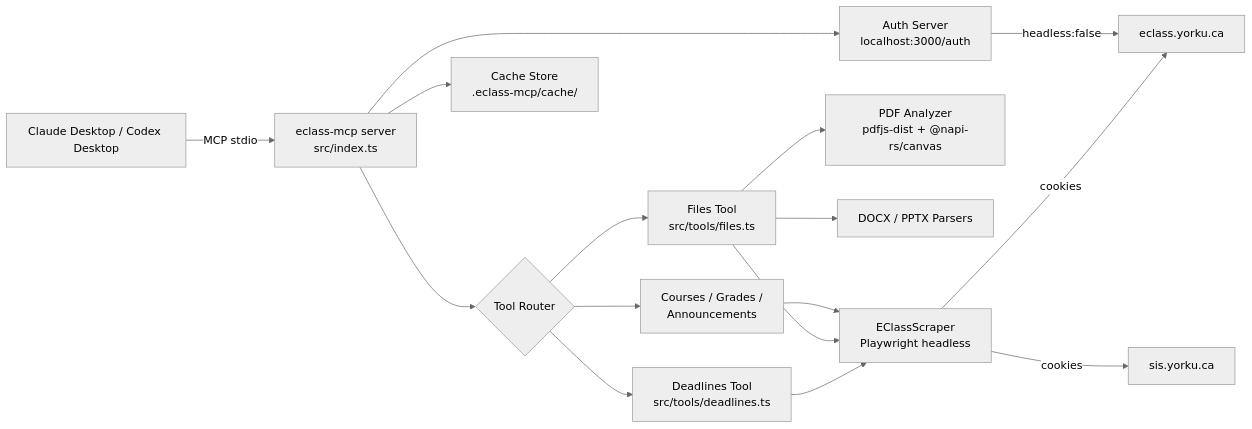
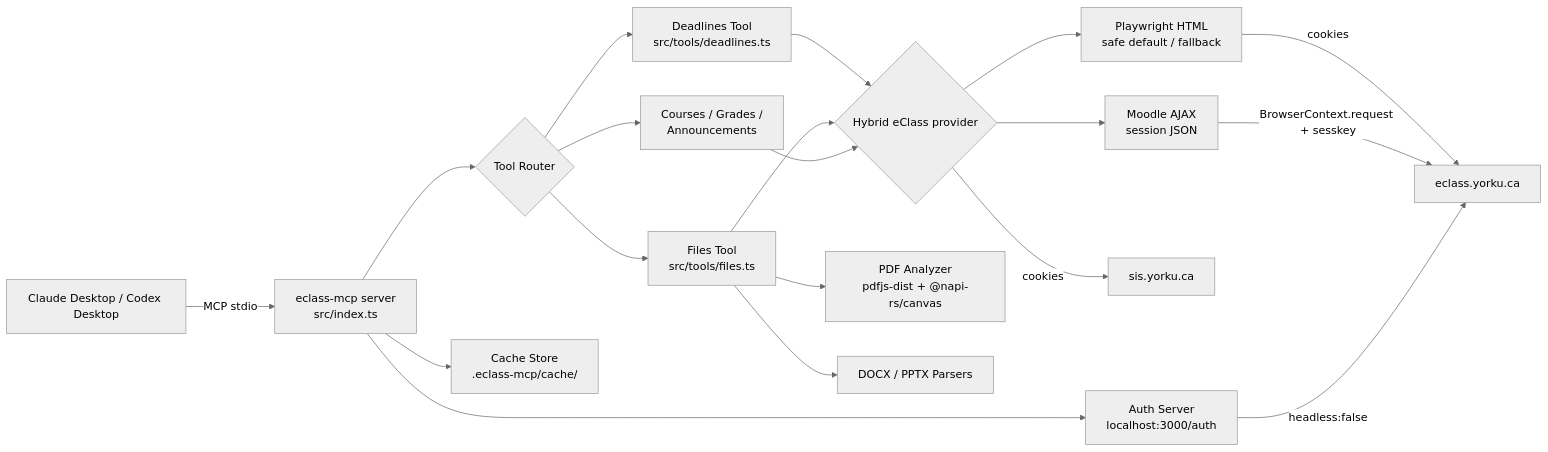
One commit to SoroushRF/eclass-mcp changed the diagram in README.md. Above: the diagram before and after it, drawn with Mermaid (neutral theme). The commit also changed other lines of this file and 4 other files, not shown here.

````diff
--- a/README.md
+++ b/README.md
@@ -82,18 +82,21 @@
 ```mermaid
 flowchart LR
     A[Claude Desktop / Codex Desktop] -- MCP stdio --> B[eclass-mcp server\nsrc/index.ts]
     B --> C{Tool Router}
     C --> D[Deadlines Tool\nsrc/tools/deadlines.ts]
     C --> E[Files Tool\nsrc/tools/files.ts]
     C --> F[Courses / Grades /\nAnnouncements]
-    D --> G[EClassScraper\nPlaywright headless]
+    D --> G{Hybrid eClass provider}
     E --> G
     F --> G
-    G -- cookies --> H[eclass.yorku.ca]
+    G --> H1[Playwright HTML\nsafe default / fallback]
+    G --> H2[Moodle AJAX\nsession JSON]
+    H1 -- cookies --> H[eclass.yorku.ca]
+    H2 -- BrowserContext.request + sesskey --> H
     G -- cookies --> S[sis.yorku.ca]
     E --> I[PDF Analyzer\npdfjs-dist + @napi-rs/canvas]
     E --> J[DOCX / PPTX Parsers]
     B --> K[Cache Store\n.eclass-mcp/cache/]
     B --> L[Auth Server\nlocalhost:3000/auth]
     L -- headless:false --> H
 ```
````
